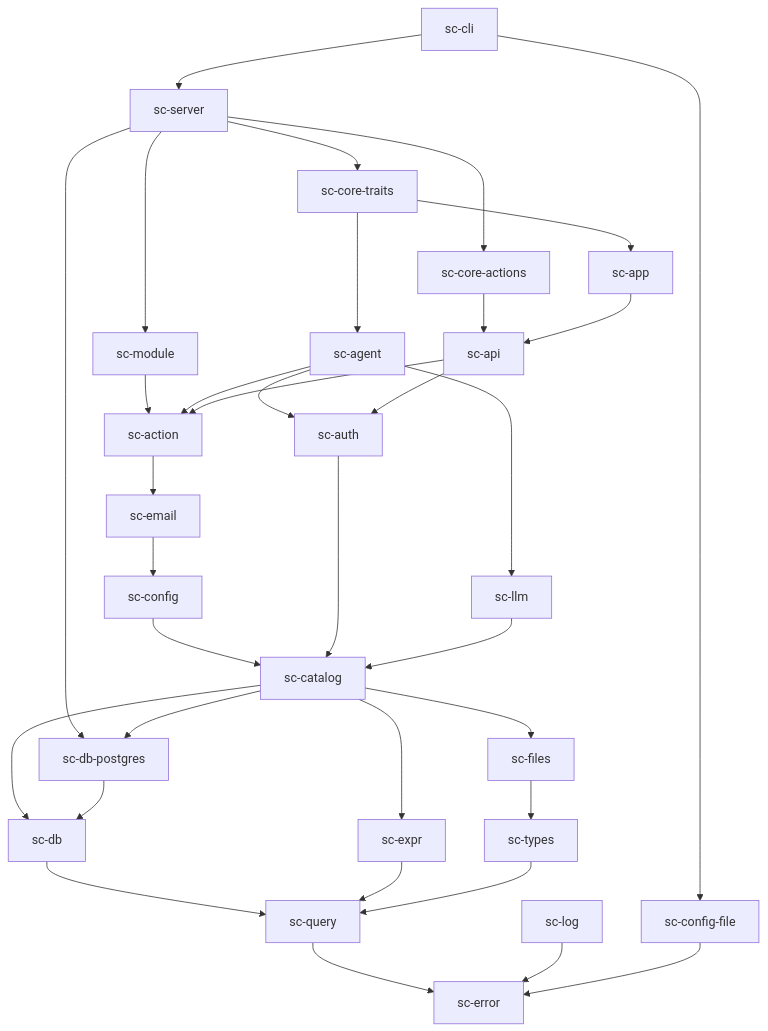
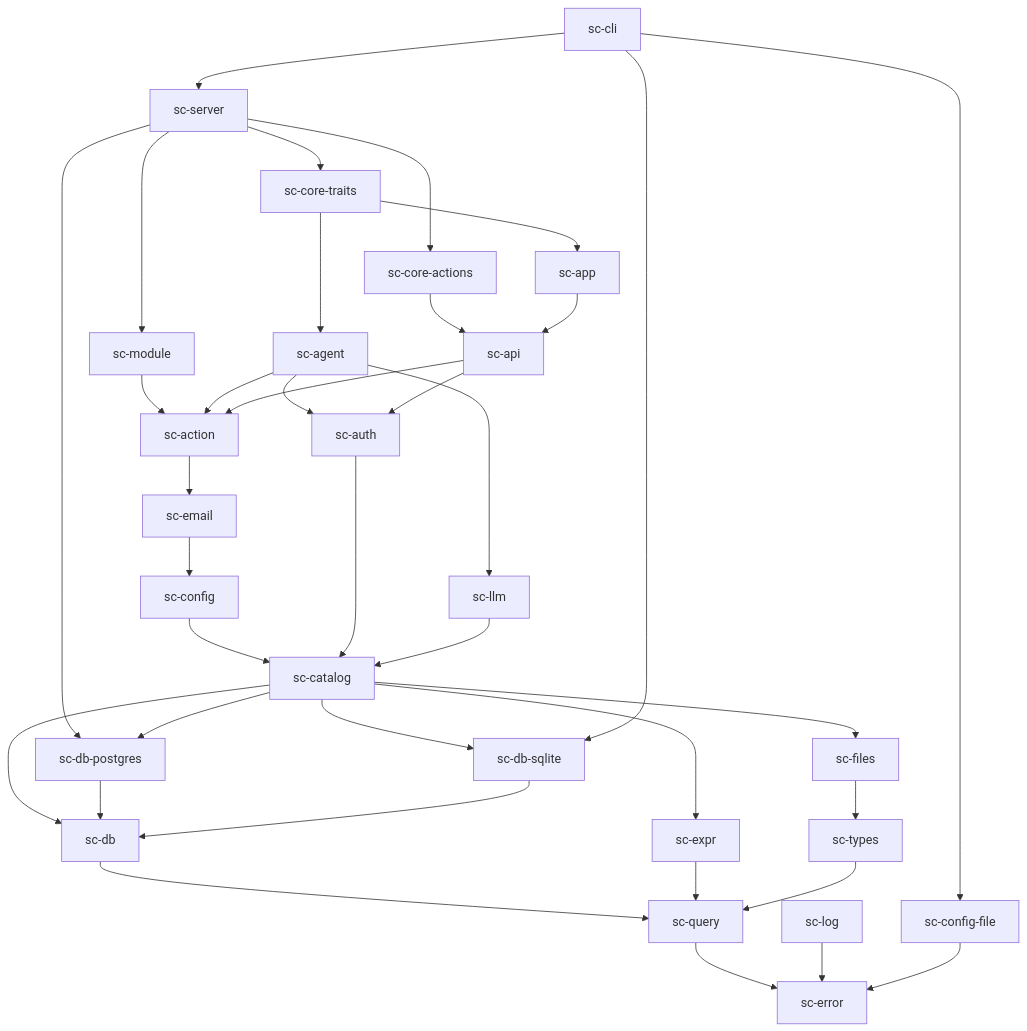
One commit to christianhugoch/feldspar changed the first of 2 diagrams in docs/TECHNICAL_DESIGN.md. Above: the diagram before and after it, drawn with Mermaid. The commit also changed other lines of this file and 47 other files, not shown here.

````diff
--- a/docs/TECHNICAL_DESIGN.md
+++ b/docs/TECHNICAL_DESIGN.md
@@ -114,36 +114,39 @@
 ```mermaid
 graph TD
   cli["sc-cli"] --> server["sc-server"]
   cli --> cfgfile["sc-config-file"]
   server --> coreact["sc-core-actions"]
   server --> coretraits["sc-core-traits"]
   server --> pg["sc-db-postgres"]
   coretraits --> agent["sc-agent"]
   coretraits --> app["sc-app"]
   coreact --> api["sc-api"]
   server --> module["sc-module"]
   module --> action["sc-action"]
   app --> api
   agent --> action
   agent --> auth["sc-auth"]
   agent --> llm["sc-llm"]
   api --> action
   api --> auth
   action --> email["sc-email"]
   email --> config["sc-config"]
   config --> catalog["sc-catalog"]
   auth --> catalog
   llm --> catalog
   catalog --> db["sc-db"]
   catalog --> pg
+  catalog --> sqlite["sc-db-sqlite"]
+  cli --> sqlite
   catalog --> expr["sc-expr"]
   catalog --> files["sc-files"]
   pg --> db
+  sqlite --> db
   db --> query["sc-query"]
   expr --> query
   files --> types["sc-types"]
   types --> query
   query --> error["sc-error"]
   log["sc-log"] --> error
   cfgfile --> error
 ```
````
